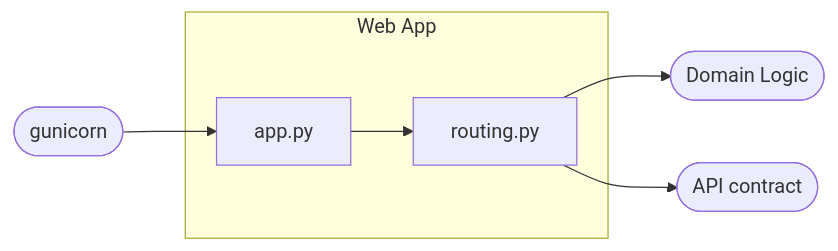
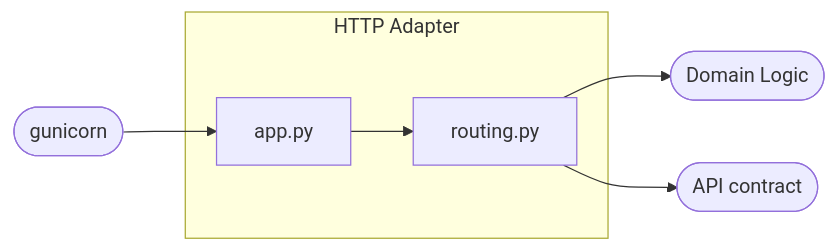
One commit to braboj/demo-randomgen changed the second of 5 diagrams in docs/arc42/05-building-block-view.md. Above: the diagram before and after it, drawn with Mermaid. The commit also changed other lines of this file, not shown here.

First line of the commit message:
docs(arc42): rename the Web App block to HTTP Adapter

````diff
--- a/docs/arc42/05-building-block-view.md
+++ b/docs/arc42/05-building-block-view.md
@@ -43,11 +43,11 @@
 ```mermaid
 flowchart LR
     gunicorn(["gunicorn"]) --> app
-    subgraph web["Web App"]
+    subgraph web["HTTP Adapter"]
         app["app.py"]
         routing["routing.py"]
     end
     app --> routing
     routing --> domain(["Domain Logic"])
     routing --> contract(["API contract"])
 ```
````
